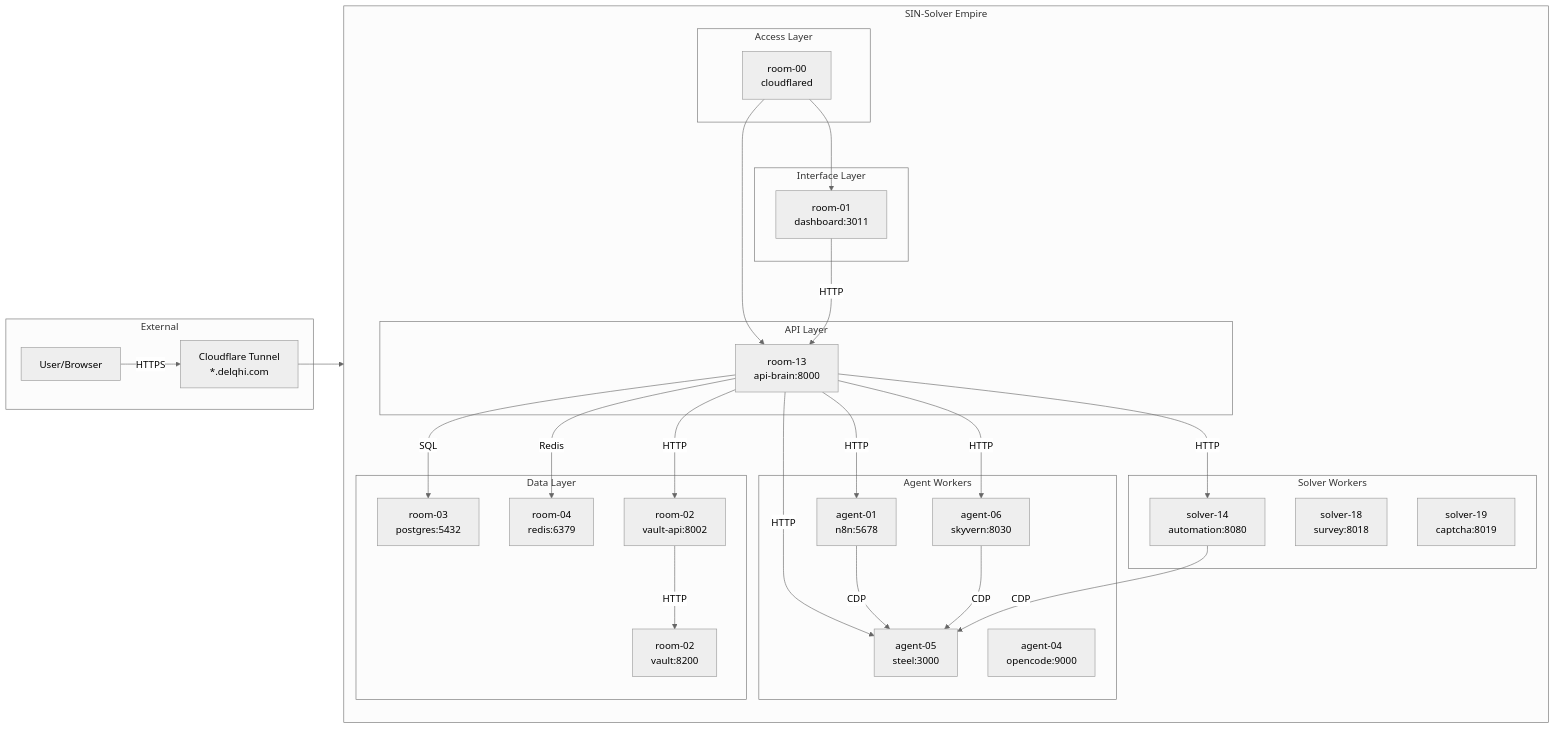
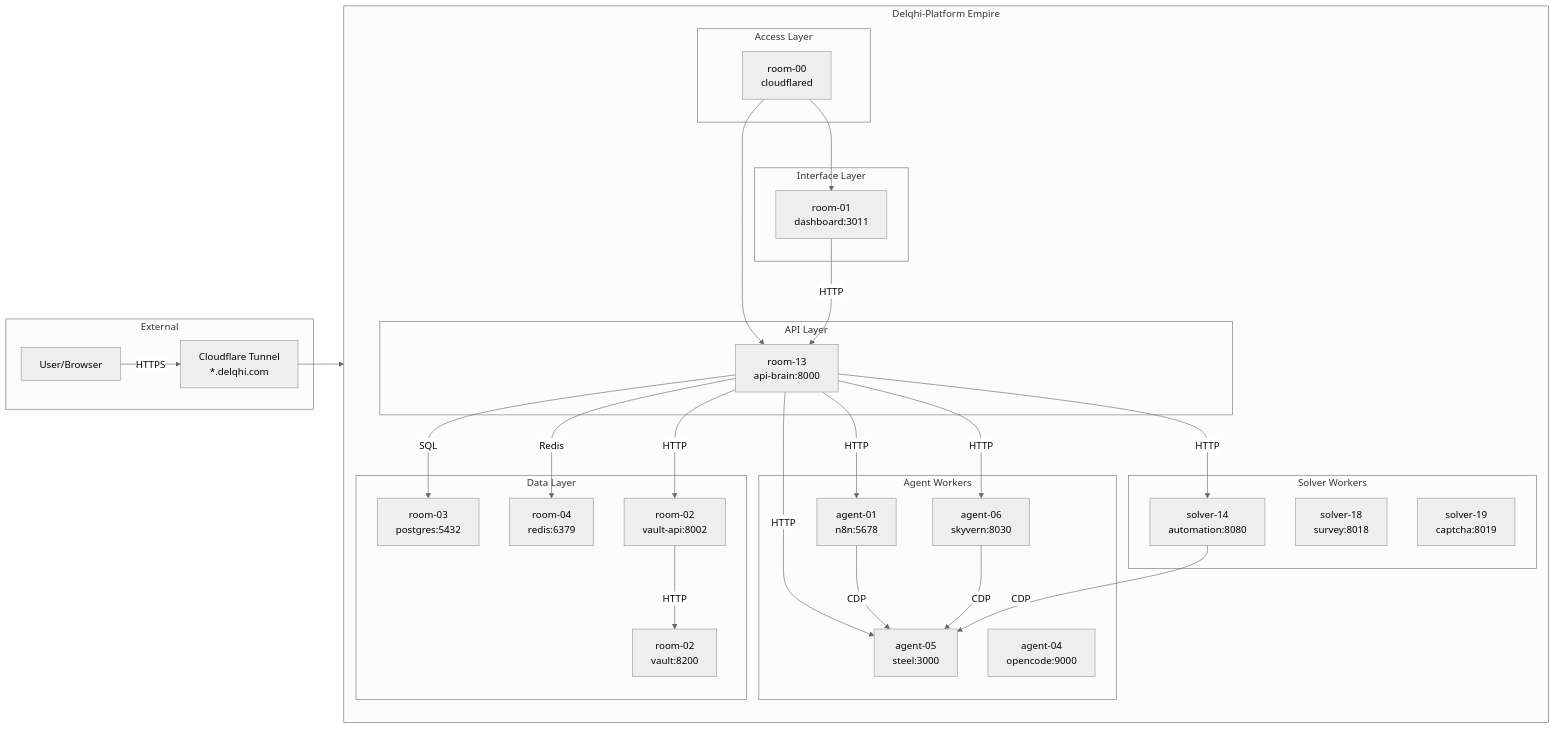
The second of 4 diagrams in README.md (Delqhi/SIN-Solver), drawn with Mermaid (neutral theme) before and after one commit. The commit also changed other lines of this file and 398 other files, not shown here.

````diff
--- a/README.md
+++ b/README.md
@@ -205,60 +205,60 @@
 ```mermaid
 flowchart LR
     subgraph "External"
         USER[User/Browser]
         CF[Cloudflare Tunnel<br/>*.delqhi.com]
     end
     
-    subgraph "SIN-Solver Empire"
+    subgraph "Delqhi-Platform Empire"
         direction TB
         
         subgraph "Access Layer"
             CT[room-00<br/>cloudflared]
         end
         
         subgraph "Interface Layer"
             DASH[room-01<br/>dashboard:3011]
         end
         
         subgraph "API Layer"
             API[room-13<br/>api-brain:8000]
         end
         
         subgraph "Agent Workers"
             A01[agent-01<br/>n8n:5678]
             A05[agent-05<br/>steel:3000]
             A06[agent-06<br/>skyvern:8030]
             A04[agent-04<br/>opencode:9000]
         end
         
         subgraph "Solver Workers"
             S14[solver-14<br/>automation:8080]
             S18[solver-18<br/>survey:8018]
             S19[solver-19<br/>captcha:8019]
         end
         
         subgraph "Data Layer"
             R03[room-03<br/>postgres:5432]
             R04[room-04<br/>redis:6379]
             R02V[room-02<br/>vault:8200]
             R02A[room-02<br/>vault-api:8002]
         end
     end
     
     USER -->|HTTPS| CF
     CF --> CT
     CT --> DASH
     CT --> API
     DASH -->|HTTP| API
     API -->|HTTP| A01
     API -->|HTTP| A05
     API -->|HTTP| A06
     A01 -->|CDP| A05
     A06 -->|CDP| A05
     API -->|HTTP| S14
     S14 -->|CDP| A05
     API -->|SQL| R03
     API -->|Redis| R04
     API -->|HTTP| R02A
     R02A -->|HTTP| R02V
 ```
````
